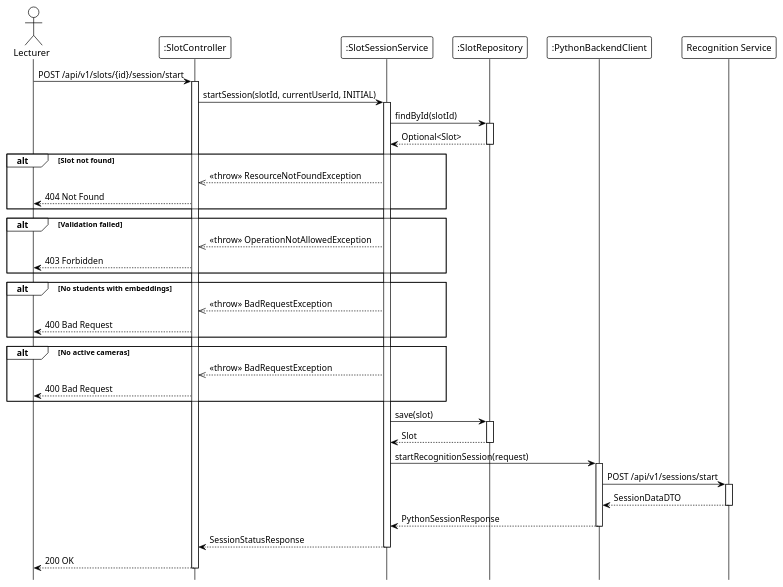
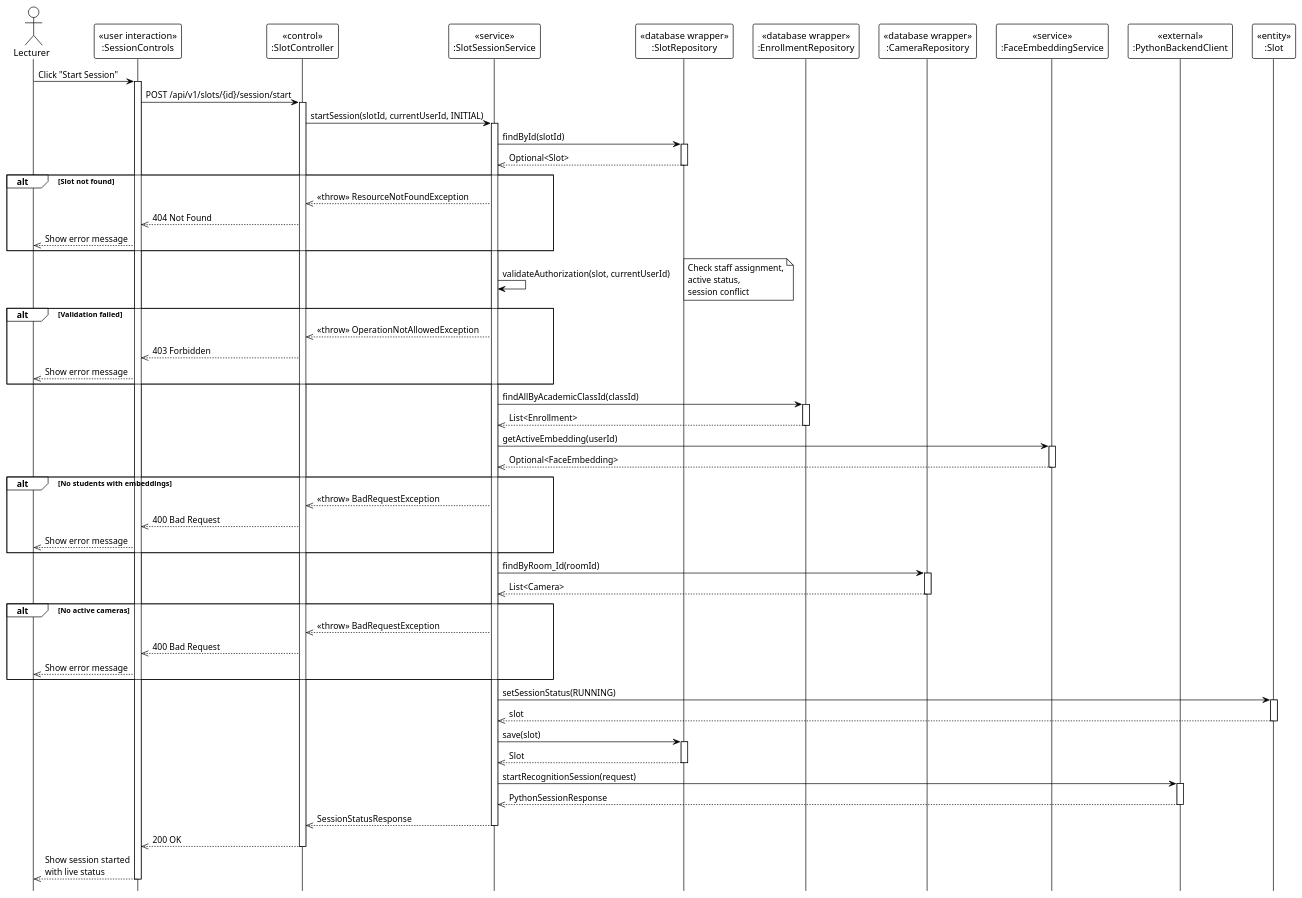
Before and after one commit to Ndh474/context: the diagram in system_detailed_design/79_start_class_attendance_scanning/sequence_diagram_start_class_attendance_scanning.puml, drawn with PlantUML. The commit also changed 13 other files, not shown here.

Commit message:
docs(system_detailed_design): add UML stereotypes to view and scanning sequence diagrams

```diff
--- a/system_detailed_design/79_start_class_attendance_scanning/sequence_diagram_start_class_attendance_scanning.puml
+++ b/system_detailed_design/79_start_class_attendance_scanning/sequence_diagram_start_class_attendance_scanning.puml
@@ -1,77 +1,104 @@
 @startuml start_class_attendance_scanning
 !theme plain
 hide footbox
 
-actor Lecturer
-participant ":SlotController" as Controller
-participant ":SlotSessionService" as Service
-participant ":SlotRepository" as SlotRepo
-participant ":PythonBackendClient" as PythonClient
-participant "Recognition Service" as RecognitionService
+actor "Lecturer" as Lecturer
 
-' --- MAIN FLOW ---
-Lecturer -> Controller: POST /api/v1/slots/{id}/session/start
+participant "«user interaction»\n:SessionControls" as UI
+participant "«control»\n:SlotController" as Controller
+participant "«service»\n:SlotSessionService" as Service
+participant "«database wrapper»\n:SlotRepository" as SlotRepo
+participant "«database wrapper»\n:EnrollmentRepository" as EnrollmentRepo
+participant "«database wrapper»\n:CameraRepository" as CameraRepo
+participant "«service»\n:FaceEmbeddingService" as EmbeddingService
+participant "«external»\n:PythonBackendClient" as PythonClient
+participant "«entity»\n:Slot" as Entity
+
+' === MAIN FLOW ===
+Lecturer -> UI: Click "Start Session"
+activate UI
+
+UI -> Controller: POST /api/v1/slots/{id}/session/start
 activate Controller
 
 Controller -> Service: startSession(slotId, currentUserId, INITIAL)
 activate Service
 
+' === FIND SLOT ===
 Service -> SlotRepo: findById(slotId)
 activate SlotRepo
-
-SlotRepo --> Service: Optional<Slot>
+SlotRepo -->> Service: Optional<Slot>
 deactivate SlotRepo
 
 alt Slot not found
     Service -->> Controller: <<throw>> ResourceNotFoundException
-    Controller --> Lecturer: 404 Not Found
+    Controller -->> UI: 404 Not Found
+    UI -->> Lecturer: Show error message
 end
 
-' Validation logic (internal: authorization, active status, session conflict check)
+' === VALIDATION ===
+Service -> Service: validateAuthorization(slot, currentUserId)
+note right: Check staff assignment,\nactive status,\nsession conflict
 
 alt Validation failed
     Service -->> Controller: <<throw>> OperationNotAllowedException
-    Controller --> Lecturer: 403 Forbidden
+    Controller -->> UI: 403 Forbidden
+    UI -->> Lecturer: Show error message
 end
 
-' Get students with embeddings (internal: query enrollments, filter active embeddings)
+' === GET STUDENTS WITH EMBEDDINGS ===
+Service -> EnrollmentRepo: findAllByAcademicClassId(classId)
+activate EnrollmentRepo
+EnrollmentRepo -->> Service: List<Enrollment>
+deactivate EnrollmentRepo
+
+Service -> EmbeddingService: getActiveEmbedding(userId)
+activate EmbeddingService
+EmbeddingService -->> Service: Optional<FaceEmbedding>
+deactivate EmbeddingService
 
 alt No students with embeddings
     Service -->> Controller: <<throw>> BadRequestException
-    Controller --> Lecturer: 400 Bad Request
+    Controller -->> UI: 400 Bad Request
+    UI -->> Lecturer: Show error message
 end
 
-' Get active cameras for room (internal)
+' === GET CAMERAS ===
+Service -> CameraRepo: findByRoom_Id(roomId)
+activate CameraRepo
+CameraRepo -->> Service: List<Camera>
+deactivate CameraRepo
 
 alt No active cameras
     Service -->> Controller: <<throw>> BadRequestException
-    Controller --> Lecturer: 400 Bad Request
+    Controller -->> UI: 400 Bad Request
+    UI -->> Lecturer: Show error message
 end
 
-' Update slot status
+' === UPDATE SLOT STATUS ===
+Service -> Entity: setSessionStatus(RUNNING)
+activate Entity
+Entity -->> Service: slot
+deactivate Entity
+
 Service -> SlotRepo: save(slot)
 activate SlotRepo
-
-SlotRepo --> Service: Slot
+SlotRepo -->> Service: Slot
 deactivate SlotRepo
 
-' Call Python recognition service
+' === CALL PYTHON SERVICE ===
 Service -> PythonClient: startRecognitionSession(request)
 activate PythonClient
-
-PythonClient -> RecognitionService: POST /api/v1/sessions/start
-activate RecognitionService
-
-RecognitionService --> PythonClient: SessionDataDTO
-deactivate RecognitionService
-
-PythonClient --> Service: PythonSessionResponse
+PythonClient -->> Service: PythonSessionResponse
 deactivate PythonClient
 
-Service --> Controller: SessionStatusResponse
+Service -->> Controller: SessionStatusResponse
 deactivate Service
 
-Controller --> Lecturer: 200 OK
+Controller -->> UI: 200 OK
 deactivate Controller
 
+UI -->> Lecturer: Show session started\nwith live status
+deactivate UI
+
 @enduml
```
